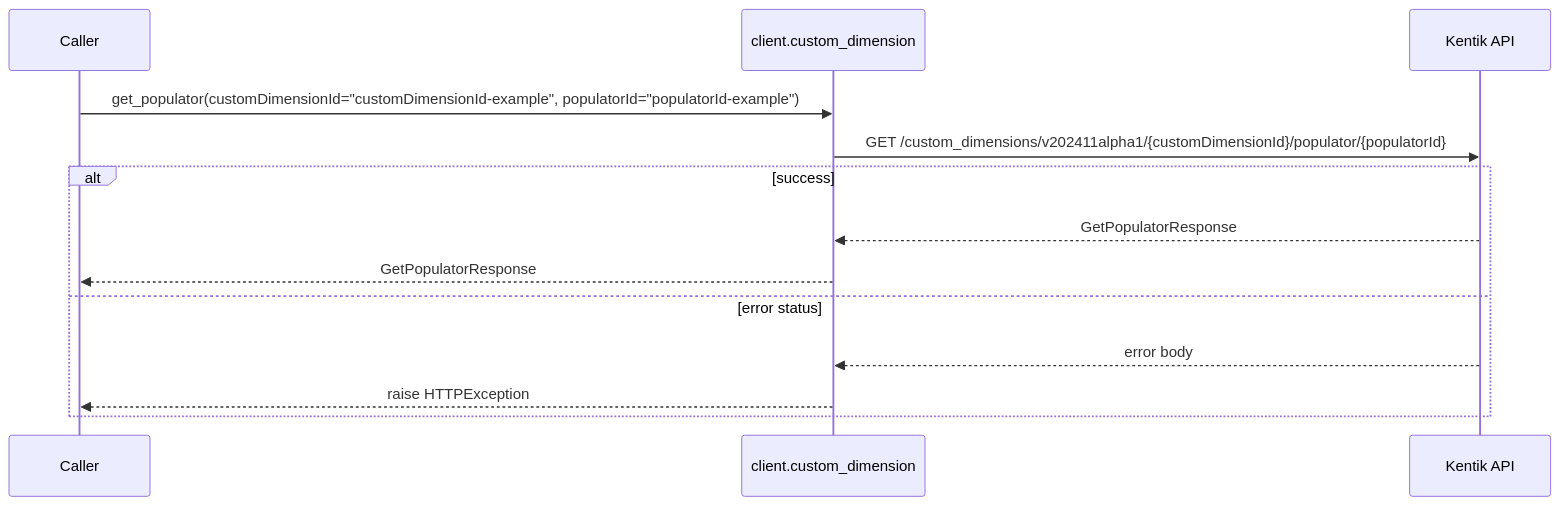
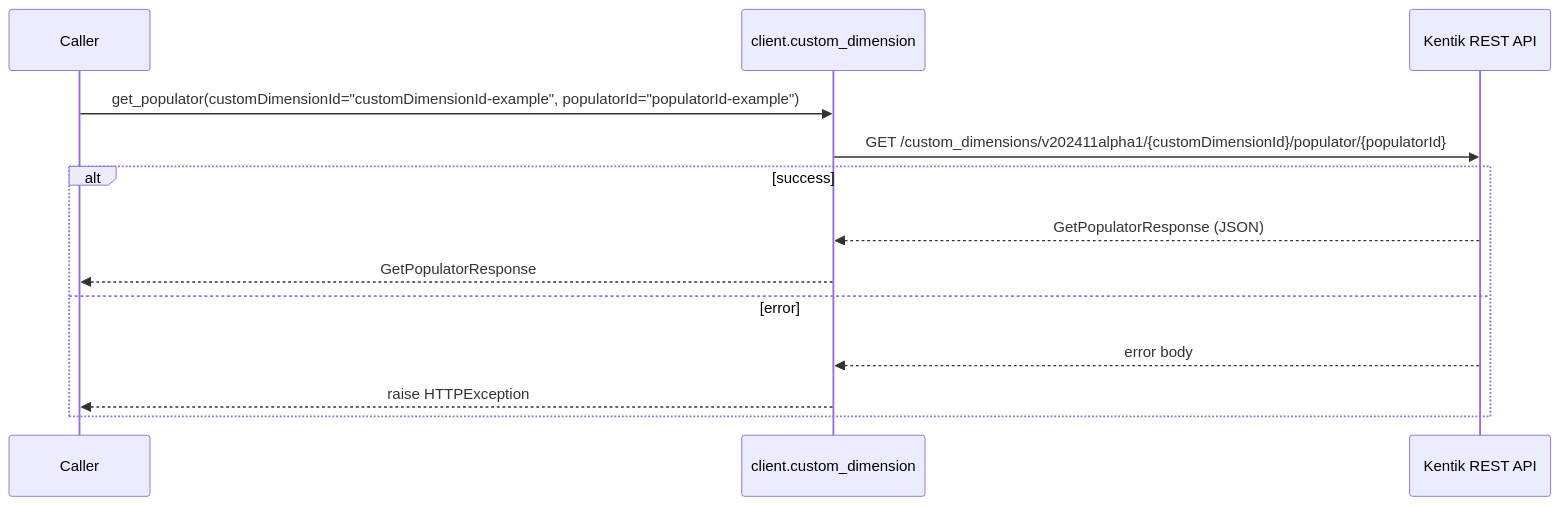
One commit to alexdearaujo/community_sdk_python changed diagram 12 of 22 in docs/sphinx/services/custom_dimension.md. Above: the diagram before and after it, drawn with Mermaid. The commit also changed other lines of this file and 61 other files, not shown here.

````diff
--- a/docs/sphinx/services/custom_dimension.md
+++ b/docs/sphinx/services/custom_dimension.md
@@ -277,16 +404,16 @@
 ```mermaid
 sequenceDiagram
     participant C as Caller
     participant W as client.custom_dimension
-    participant API as Kentik API
+    participant API as Kentik REST API
 
     C->>W: get_populator(customDimensionId="customDimensionId-example", populatorId="populatorId-example")
     W->>API: GET /custom_dimensions/v202411alpha1/{customDimensionId}/populator/{populatorId}
     alt success
-        API-->>W: GetPopulatorResponse
+        API-->>W: GetPopulatorResponse (JSON)
         W-->>C: GetPopulatorResponse
-    else error status
+    else error
         API-->>W: error body
         W-->>C: raise HTTPException
     end
 ```
````
